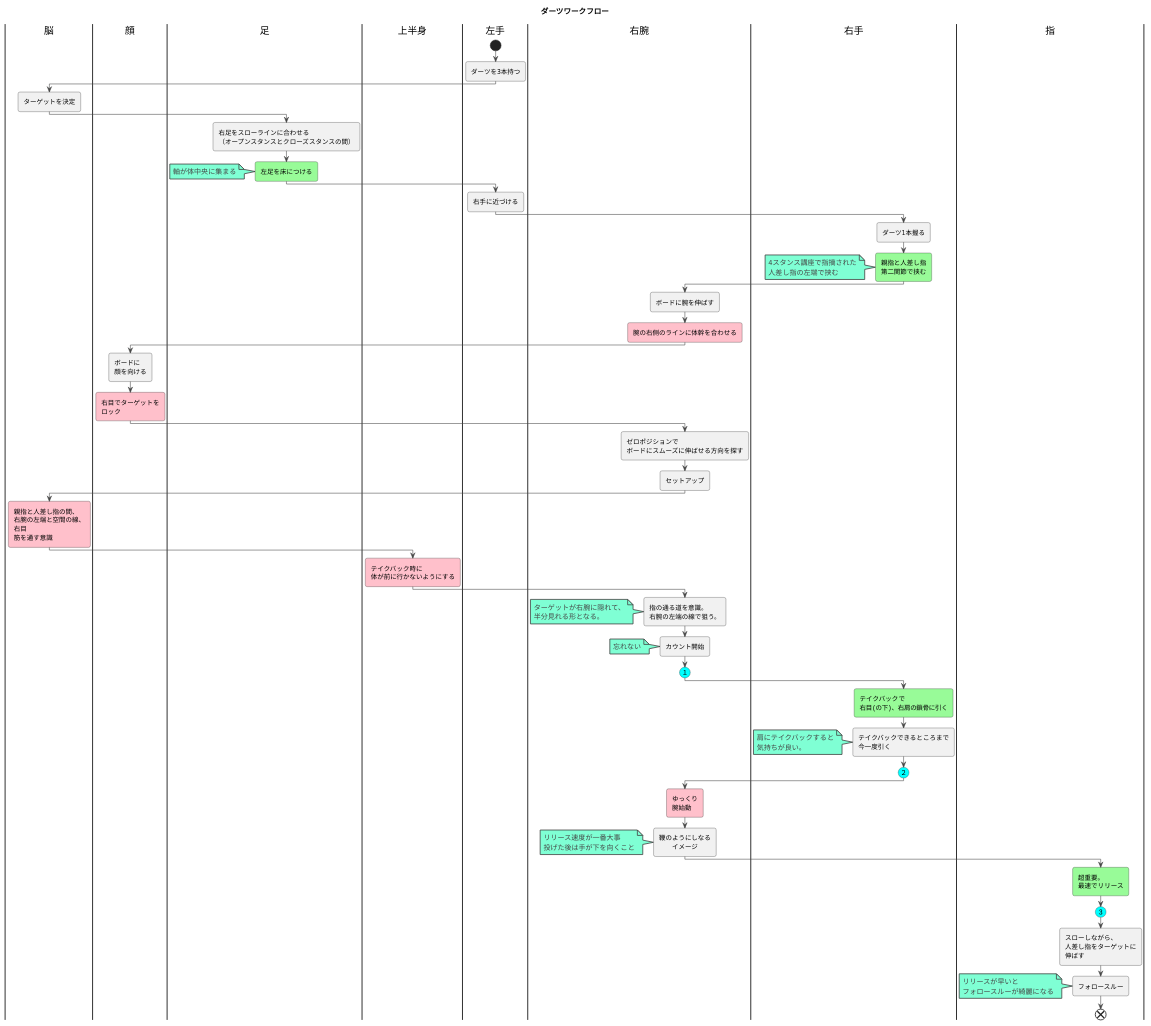
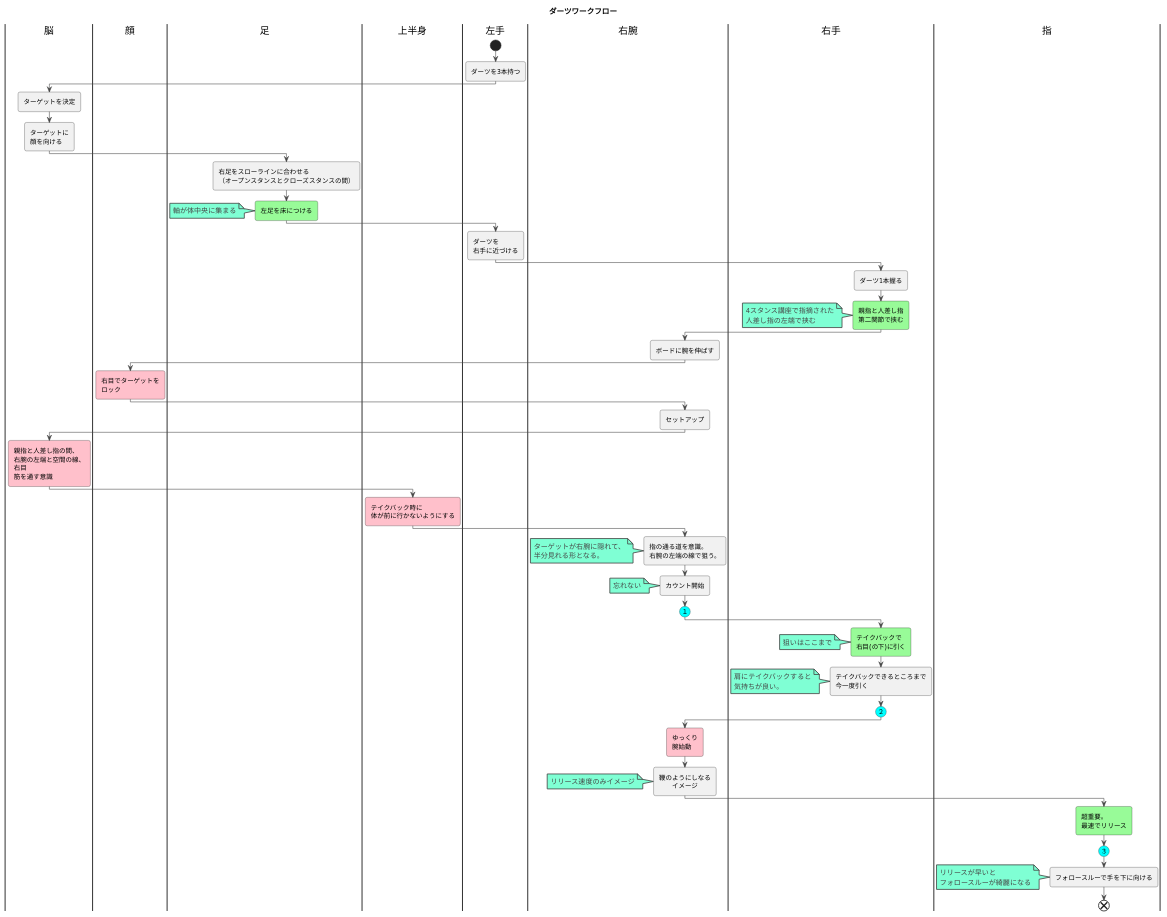
One commit to darts-cloud/dartsFlow changed the diagram in dartsFlow.plantuml. Above: the diagram before and after it, drawn with PlantUML.

```diff
--- a/dartsFlow.plantuml
+++ b/dartsFlow.plantuml
@@ -1,147 +1,158 @@
 @startuml
 title ダーツワークフロー
 
 
 
 !theme vibrant
 
 |脳|
 |顔|
 |足|
 |上半身|
 |左手|
 |右腕|
 |左手|
 start
 :ダーツを3本持つ;
 |脳|
 :ターゲットを決定;
+:ターゲットに
+顔を向ける;
+
 |足|
 :右足をスローラインに合わせる
 （オープンスタンスとクローズスタンスの間）;
 #palegreen:左足を床につける;
 note
   軸が体中央に集まる
 end note
 /'
 ################
 ##pink:左足を右足よりも
 #後ろに下げる;
 ################
 '/
 
 |左手|
-:右手に近づける;
+:ダーツを
+右手に近づける;
 |右手|
 :ダーツ1本握る;
 #palegreen:親指と人差し指
 第二関節で挟む;
 note
   4スタンス講座で指摘された
   人差し指の左端で挟む
 end note
 
 |右腕|
 :ボードに腕を伸ばす;
+/'
 #pink:腕の右側のラインに体幹を合わせる;
+'/
 
 |顔|
-:ボードに
-顔を向ける;
 #pink:右目でターゲットを
 ロック;
 |右腕|
+/'
 :ゼロポジションで
 ボードにスムーズに伸ばせる方向を探す;
+'/
 :セットアップ;
 |脳|
 #pink:親指と人差し指の間、
 右腕の左端と空間の線、
 右目
 筋を通す意識;
 |顔|
 
 |上半身|
 #pink:テイクバック時に
 体が前に行かないようにする;
 
 |右腕|
 :指の通る道を意識。
 右腕の左端の線で狙う。;
 note
 ターゲットが右腕に隠れて、
 半分見れる形となる。
 end note
 
 |右腕|
 :カウント開始;
 
 note
     忘れない
 end note
 
 
 #Aqua:(１)
 
 |右手|
 
 #palegreen:テイクバックで
-右目(の下)、右肩の鎖骨に引く;
+右目(の下)に引く;
+
+note
+    狙いはここまで
+end note
+
 
 :テイクバックできるところまで
 今一度引く;
 
 note
     肩にテイクバックすると
     気持ちが良い。
 end note
 
 #Aqua:(２)
 
 /'
 #pink:肘固定意識;
 note
     固定が甘い
     →飛ばない
 end note
 #pink:肘の裏側が意識;
 note
     指の道が
     肘の左側
 end note
 '/
 
 |右腕|
 #pink:ゆっくり
 腕始動;
 :鞭のようにしなる
 　　イメージ;
 note
-  リリース速度が一番大事
-  投げた後は手が下を向くこと
+  リリース速度のみイメージ
 end note
+
 |指|
 #palegreen:超重要。
 最速でリリース;
 
 #Aqua:(３)
 
+/'
 :スローしながら、
 人差し指をターゲットに
 伸ばす;
-/'
 :第二関節で押し込む;
 note
   4スタンス講座で指摘された
   第二関節で押し込む
 end note
 '/
 
-:フォロースルー;
+:フォロースルーで手を下に向ける;
 note
   リリースが早いと
   フォロースルーが綺麗になる
 end note
 
 end
 @enduml
```
